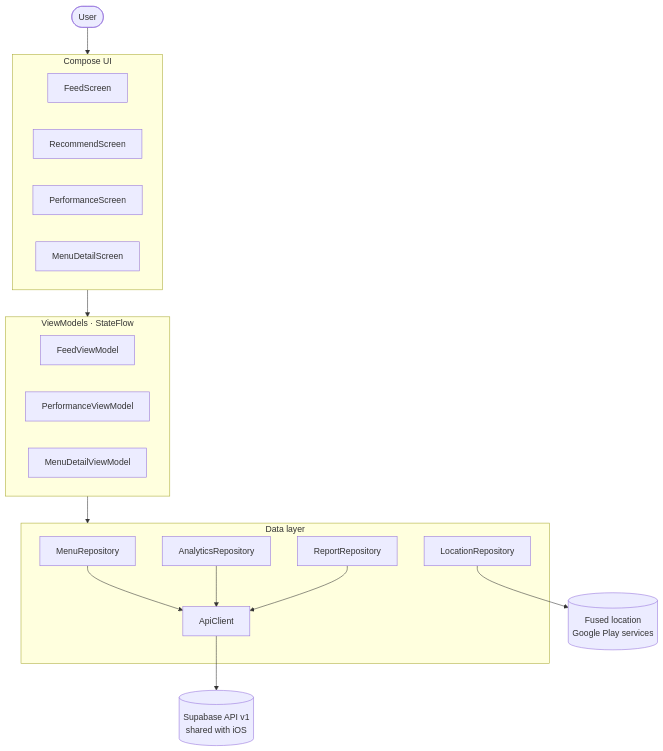
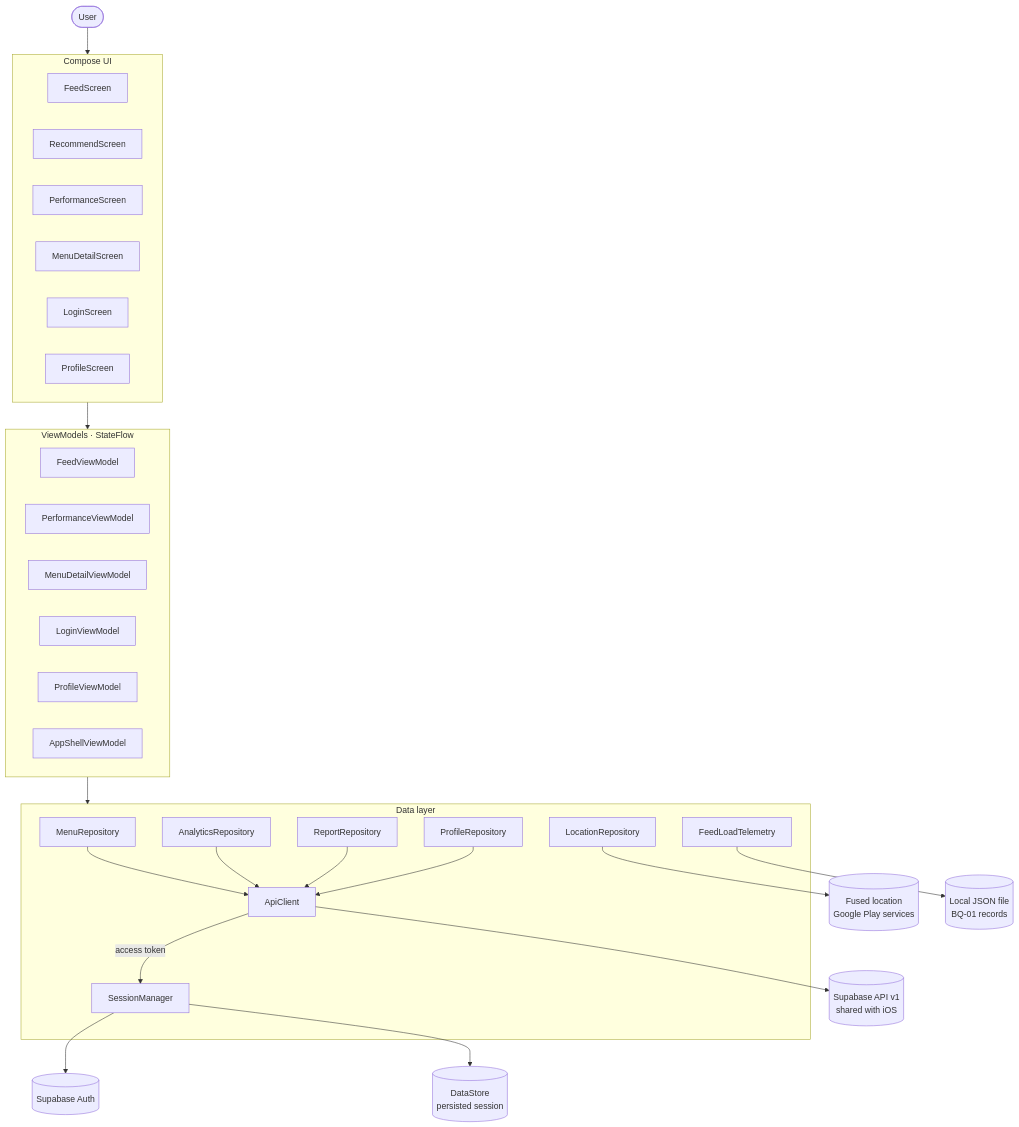
The first of 15 diagrams in docs/sprint2-sustentacion.md (cmolina12/UniEat-Android), drawn with Mermaid before and after one commit. The commit also changed other lines of this file, not shown here.

````diff
--- a/docs/sprint2-sustentacion.md
+++ b/docs/sprint2-sustentacion.md
@@ -47,26 +46,38 @@
 ```mermaid
 flowchart TB
     U([User]) --> UI
     subgraph UI["Compose UI"]
-        FS[FeedScreen] 
+        FS[FeedScreen]
         RS[RecommendScreen]
         PS[PerformanceScreen]
         DS[MenuDetailScreen]
+        LS[LoginScreen]
+        PRS[ProfileScreen]
     end
     subgraph VMS["ViewModels · StateFlow"]
         FVM[FeedViewModel]
         PVM[PerformanceViewModel]
         DVM[MenuDetailViewModel]
+        LVM[LoginViewModel]
+        PRVM[ProfileViewModel]
+        SHVM[AppShellViewModel]
     end
     subgraph DATA["Data layer"]
         MR[MenuRepository]
         AR[AnalyticsRepository]
         RR[ReportRepository]
         LR[LocationRepository]
+        PR[ProfileRepository]
+        FLT[FeedLoadTelemetry]
         AC[ApiClient]
+        SM[SessionManager]
     end
     UI --> VMS --> DATA
-    MR & AR & RR --> AC
+    MR & AR & RR & PR --> AC
+    AC -- access token --> SM
+    SM --> AUTH[("Supabase Auth")]
+    SM --> DSTORE[("DataStore<br/>persisted session")]
     AC --> SB[("Supabase API v1<br/>shared with iOS")]
     LR --> GPS[("Fused location<br/>Google Play services")]
+    FLT --> FILE[("Local JSON file<br/>BQ-01 records")]
 ```
````
